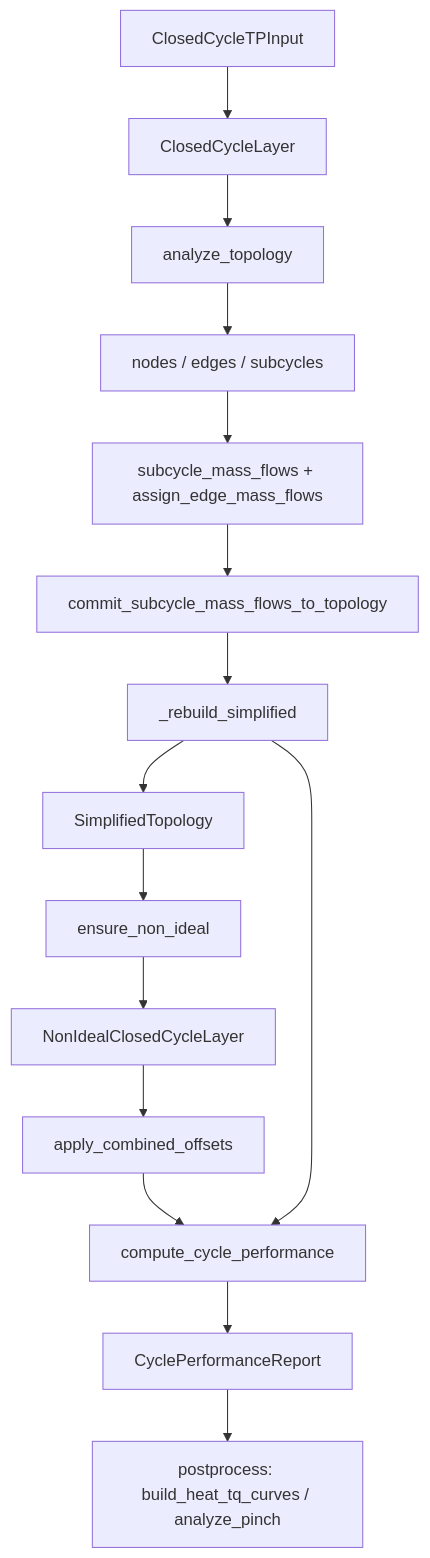
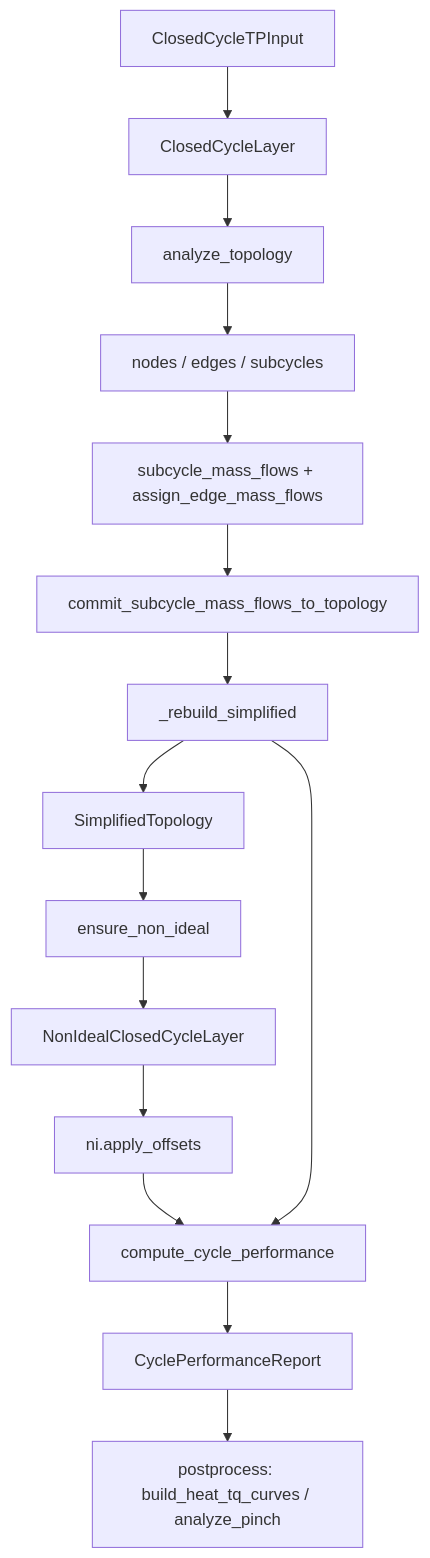
The diagram in docs/architecture.md (AkiVIVY/CyGES), drawn with Mermaid before and after one commit. The commit also changed other lines of this file and 10 other files, not shown here.

````diff
--- a/docs/architecture.md
+++ b/docs/architecture.md
@@ -11,17 +11,17 @@
 ```mermaid
 flowchart TD
     inp[ClosedCycleTPInput] --> layer[ClosedCycleLayer]
     layer --> analyze[analyze_topology]
     analyze --> topo[nodes / edges / subcycles]
     topo --> mf[subcycle_mass_flows + assign_edge_mass_flows]
     mf --> commit[commit_subcycle_mass_flows_to_topology]
     commit --> simp[_rebuild_simplified]
     simp --> simplified[SimplifiedTopology]
     simplified --> ensure[ensure_non_ideal]
     ensure --> ni[NonIdealClosedCycleLayer]
-    ni --> off[apply_combined_offsets]
+    ni --> off[ni.apply_offsets]
     off --> perf[compute_cycle_performance]
     simp --> perf
     perf --> report[CyclePerformanceReport]
     report --> post[postprocess: build_heat_tq_curves / analyze_pinch]
 ```
````
